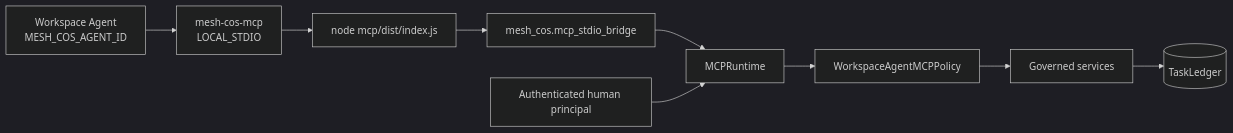
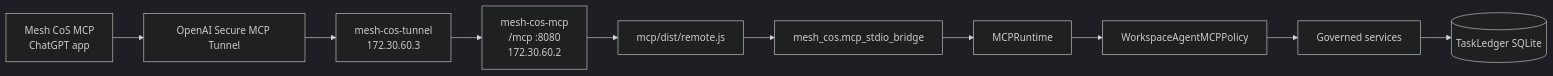
The second of 5 diagrams in docs/architecture.md (mkleinbe/mesh-ai-agent-cos-universe), drawn with Mermaid (dark theme) before and after one commit. The commit also changed other lines of this file, not shown here.

Commit message:
docs: reconcile architecture with published ChatGPT app and Secure MCP Tunnel

````diff
--- a/docs/architecture.md
+++ b/docs/architecture.md
@@ -44,11 +46,12 @@
 ```mermaid
 flowchart LR
-    WA[Workspace Agent\nMESH_COS_AGENT_ID] --> MCP[mesh-cos-mcp\nLOCAL_STDIO]
-    MCP --> NODE[node mcp/dist/index.js]
+    APP[Mesh CoS MCP\nChatGPT app] --> TUN[OpenAI Secure MCP Tunnel]
+    TUN --> SIDE[mesh-cos-tunnel\n172.30.60.3]
+    SIDE --> HTTP[mesh-cos-mcp\n/mcp :8080\n172.30.60.2]
+    HTTP --> NODE[mcp/dist/remote.js]
     NODE --> BRIDGE[mesh_cos.mcp_stdio_bridge]
     BRIDGE --> RT[MCPRuntime]
     RT --> POLICY[WorkspaceAgentMCPPolicy]
     POLICY --> SVC[Governed services]
-    SVC --> L[(TaskLedger)]
-    HUMAN[Authenticated human principal] --> RT
+    SVC --> L[(TaskLedger SQLite)]
 ```
````
